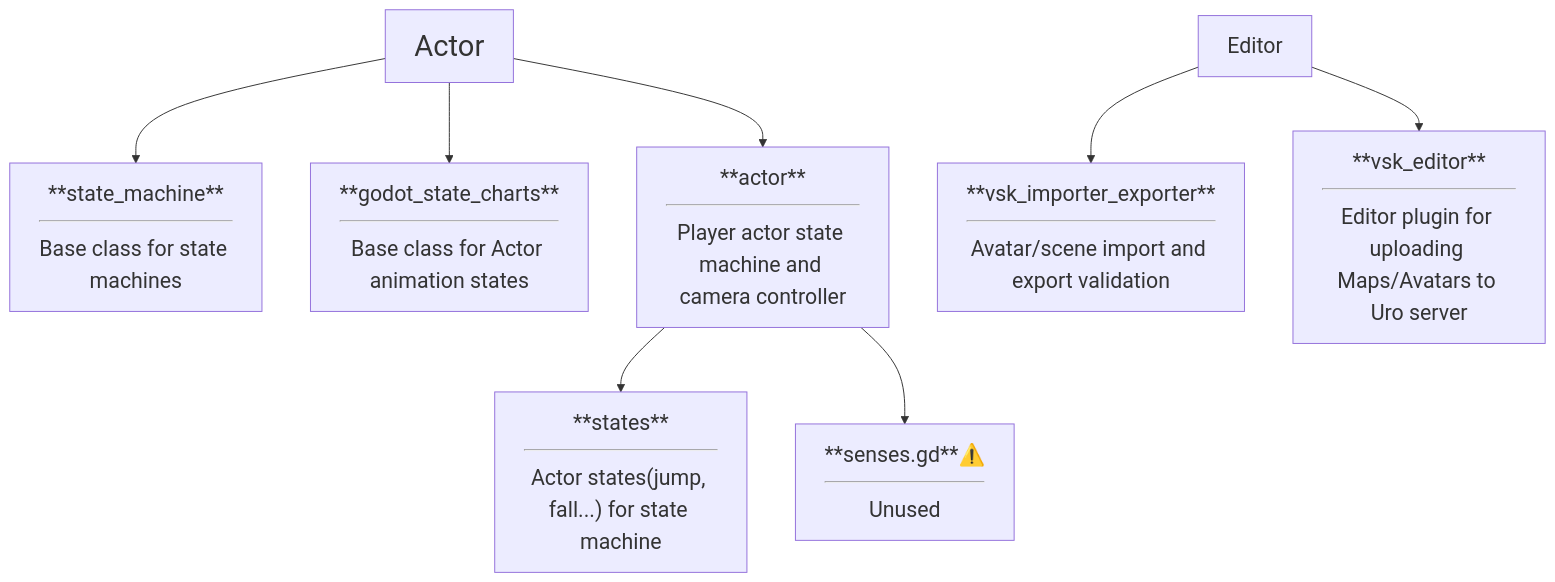
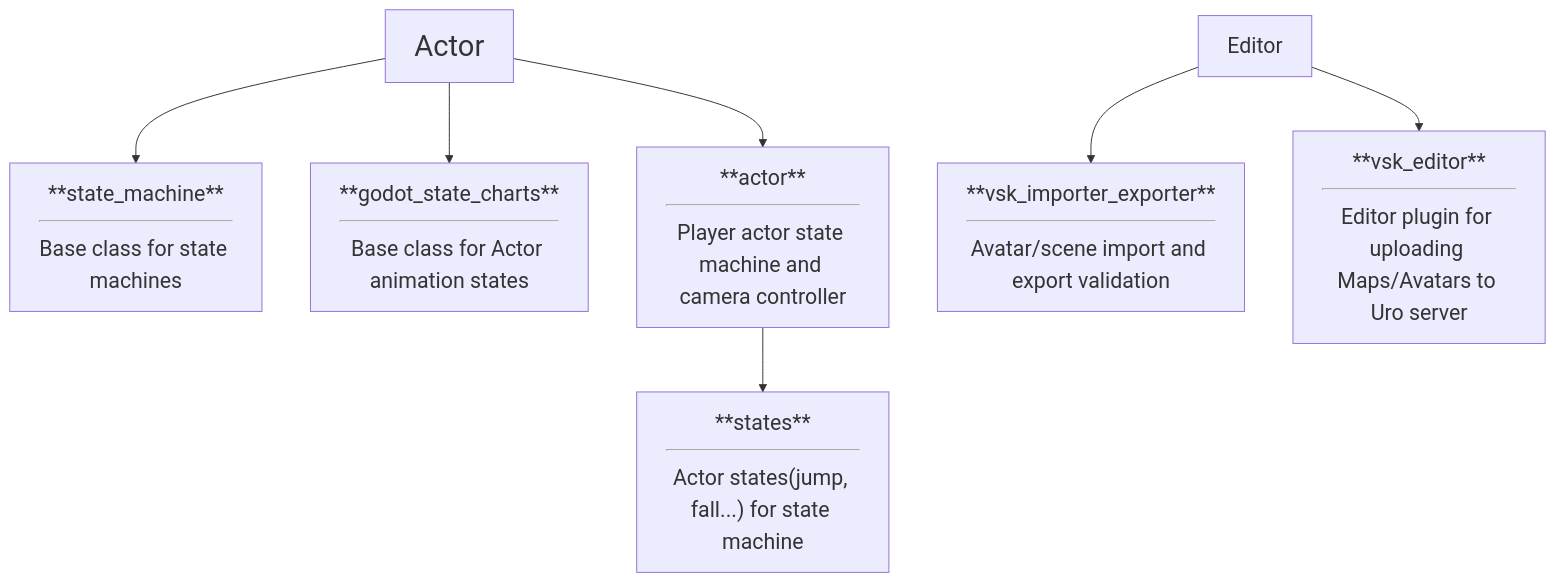
The fifth of 8 diagrams in CODEBASE.md (V-Sekai/v-sekai-game), drawn with Mermaid before and after one commit. The commit also changed other lines of this file and 151 other files, not shown here.

````diff
--- a/CODEBASE.md
+++ b/CODEBASE.md
@@ -69,15 +66,14 @@
 ```mermaid
 %%{init: {'themeVariables': { 'fontSize': '22px' }}}%%
 flowchart TD
         Actor --> addon18[**state_machine**<hr>Base class for state machines]
         Actor --> addon19[**godot_state_charts**<hr>Base class for Actor animation states]
         Actor --> addon20[**actor**<hr>Player actor state machine and camera controller]
             addon20 --> dir1["**states**<hr>Actor states(jump, fall...) for state machine"]
-            addon20 --> dir2[**senses.gd**⚠️<hr>Unused]
         Editor --> addon21[**vsk_importer_exporter**<hr>Avatar/scene import and export validation]
         Editor --> addon22[**vsk_editor**<hr>Editor plugin for uploading Maps/Avatars to Uro server]
 
     classDef Category font-size:30px
     class Actor Category
 
 ```
````
